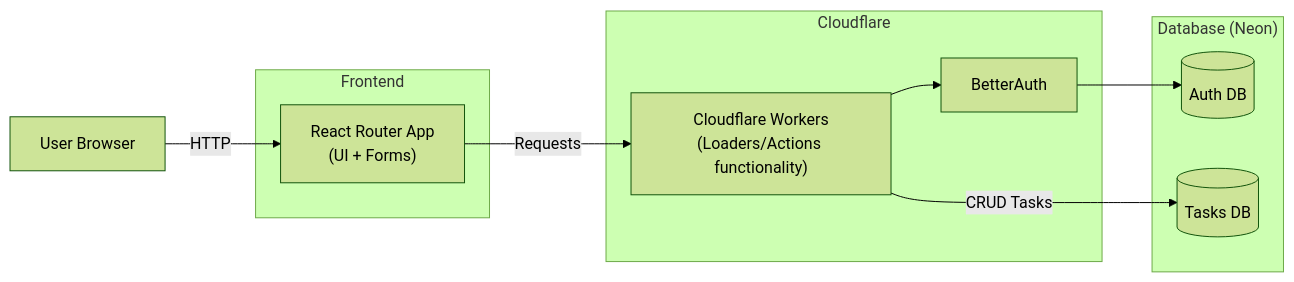
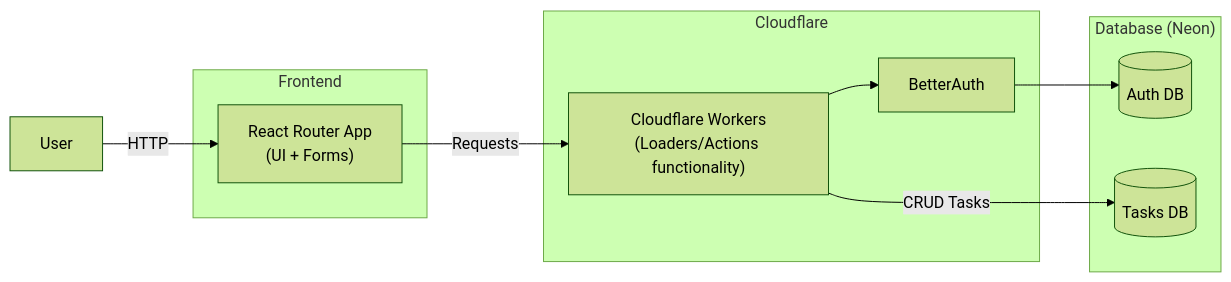
One commit to sahil-kabir/StoryTellers-ai-Onboarding changed the diagram in README.md. Above: the diagram before and after it, drawn with Mermaid (forest theme).

Commit message:
Fix user label in README flowchart

````diff
--- a/README.md
+++ b/README.md
@@ -3,26 +3,26 @@
 ```mermaid
 flowchart LR
-    User[User Browser]
+    User[User]
 
     subgraph Frontend
         RR["React Router App<br/>(UI + Forms)"]
     end
 
     subgraph Cloudflare
         CFW["Cloudflare Workers<br/>(Loaders/Actions functionality)"]
         BA["BetterAuth"]
     end
 
     subgraph Database ["Database (Neon)"]
         AuthDB[("Auth DB")]
         TasksDB[("Tasks DB")]
     end
 
     User -->|HTTP| RR
     RR -->|Requests| CFW
 
     CFW --> BA
     BA --> AuthDB
 
     CFW -->|CRUD Tasks| TasksDB
 ```
````
